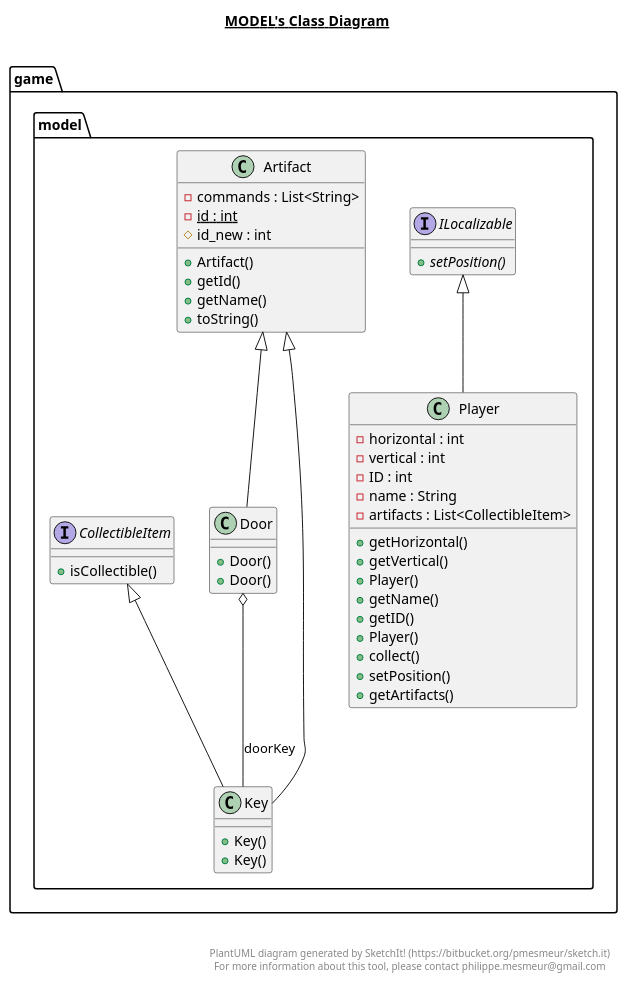
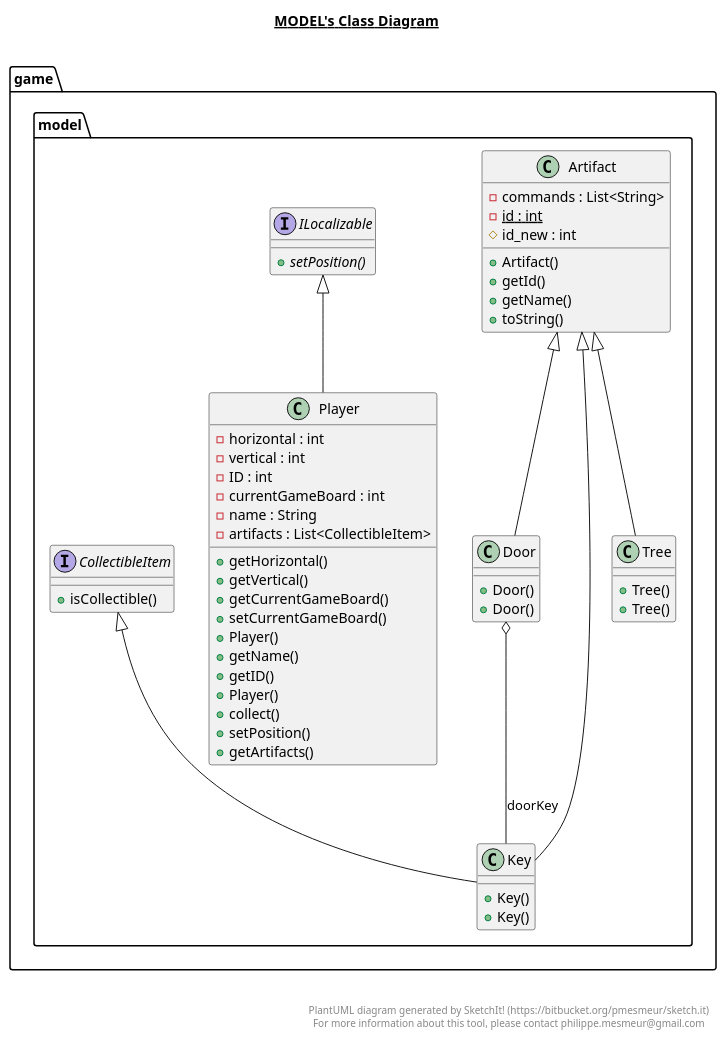
Before and after one commit to rflorian2017/TextAdventureGame: the diagram in src/game/model/model.plantuml, drawn with PlantUML. The commit also changed 6 other files, not shown here.

```diff
--- a/src/game/model/model.plantuml
+++ b/src/game/model/model.plantuml
@@ -1,94 +1,108 @@
 @startuml
 
 title __MODEL's Class Diagram__\n
 
   package game {
     package game.model {
       class Artifact {
           - commands : List<String>
           {static} - id : int
           # id_new : int
           + Artifact()
           + getId()
           + getName()
           + toString()
       }
     }
   }
   
 
   package game {
     package game.model {
       interface CollectibleItem {
           + isCollectible()
       }
     }
   }
   
 
   package game {
     package game.model {
       class Door {
           + Door()
           + Door()
       }
     }
   }
   
 
   package game {
     package game.model {
       interface ILocalizable {
           {abstract} + setPosition()
       }
     }
   }
   
 
   package game {
     package game.model {
       class Key {
           + Key()
           + Key()
       }
     }
   }
   
 
   package game {
     package game.model {
       class Player {
           - horizontal : int
           - vertical : int
           - ID : int
+          - currentGameBoard : int
           - name : String
           - artifacts : List<CollectibleItem>
           + getHorizontal()
           + getVertical()
+          + getCurrentGameBoard()
+          + setCurrentGameBoard()
           + Player()
           + getName()
           + getID()
           + Player()
           + collect()
           + setPosition()
           + getArtifacts()
       }
     }
   }
   
 
+  package game {
+    package game.model {
+      class Tree {
+          + Tree()
+          + Tree()
+      }
+    }
+  }
+  
+
   Door -up-|> Artifact
   Door o-- Key : doorKey
   Key -up-|> CollectibleItem
   Key -up-|> Artifact
   Player -up-|> ILocalizable
+  Tree -up-|> Artifact
 
 
 right footer
 
 
 PlantUML diagram generated by SketchIt! (https://bitbucket.org/pmesmeur/sketch.it)
 For more information about this tool, please contact philippe.mesmeur@gmail.com
 endfooter
 
 @enduml
```
